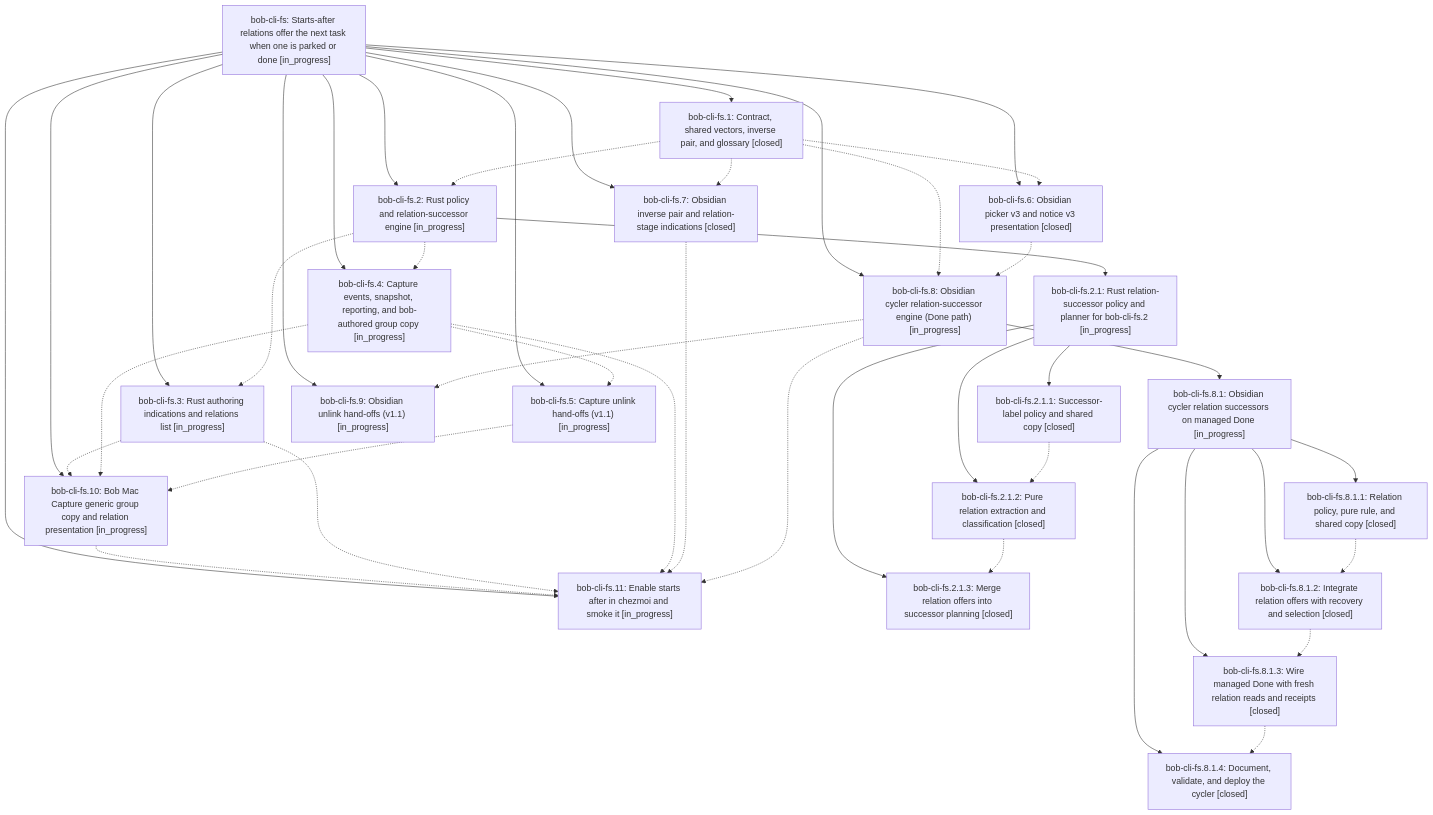
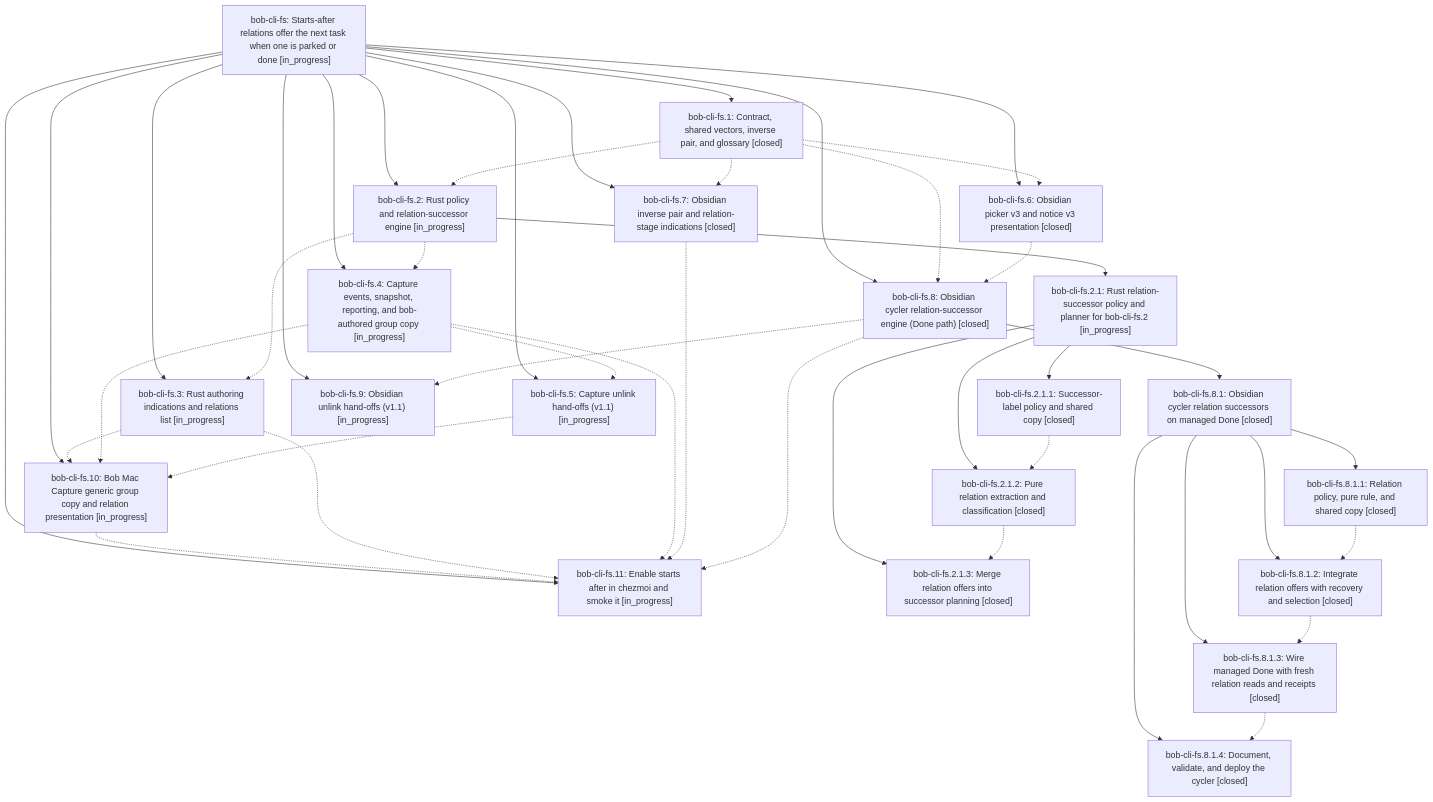
Before and after one commit to bobs-org/bob-cli--beads: the diagram in pages/bob-cli-fs/README.md, drawn with Mermaid. The commit also changed other lines of this file and 6 other files, not shown here.

First line of the commit message:
chore(beads): sync bead state and pages for bob-cli-fs

````diff
--- a/pages/bob-cli-fs/README.md
+++ b/pages/bob-cli-fs/README.md
@@ -48,66 +48,66 @@
 ```mermaid
 flowchart TD
     n0["bob-cli-fs: Starts-after relations offer the next task when one is parked or done [in_progress]"]
     n1["bob-cli-fs.1: Contract, shared vectors, inverse pair, and glossary [closed]"]
     n2["bob-cli-fs.10: Bob Mac Capture generic group copy and relation presentation [in_progress]"]
     n3["bob-cli-fs.11: Enable starts after in chezmoi and smoke it [in_progress]"]
     n4["bob-cli-fs.2: Rust policy and relation-successor engine [in_progress]"]
     n5["bob-cli-fs.2.1: Rust relation-successor policy and planner for bob-cli-fs.2 [in_progress]"]
     n6["bob-cli-fs.2.1.1: Successor-label policy and shared copy [closed]"]
     n7["bob-cli-fs.2.1.2: Pure relation extraction and classification [closed]"]
     n8["bob-cli-fs.2.1.3: Merge relation offers into successor planning [closed]"]
     n9["bob-cli-fs.3: Rust authoring indications and relations list [in_progress]"]
     n10["bob-cli-fs.4: Capture events, snapshot, reporting, and bob-authored group copy [in_progress]"]
     n11["bob-cli-fs.5: Capture unlink hand-offs (v1.1) [in_progress]"]
     n12["bob-cli-fs.6: Obsidian picker v3 and notice v3 presentation [closed]"]
     n13["bob-cli-fs.7: Obsidian inverse pair and relation-stage indications [closed]"]
-    n14["bob-cli-fs.8: Obsidian cycler relation-successor engine (Done path) [in_progress]"]
-    n15["bob-cli-fs.8.1: Obsidian cycler relation successors on managed Done [in_progress]"]
+    n14["bob-cli-fs.8: Obsidian cycler relation-successor engine (Done path) [closed]"]
+    n15["bob-cli-fs.8.1: Obsidian cycler relation successors on managed Done [closed]"]
     n16["bob-cli-fs.8.1.1: Relation policy, pure rule, and shared copy [closed]"]
     n17["bob-cli-fs.8.1.2: Integrate relation offers with recovery and selection [closed]"]
     n18["bob-cli-fs.8.1.3: Wire managed Done with fresh relation reads and receipts [closed]"]
     n19["bob-cli-fs.8.1.4: Document, validate, and deploy the cycler [closed]"]
     n20["bob-cli-fs.9: Obsidian unlink hand-offs (v1.1) [in_progress]"]
     n0 --> n1
     n0 --> n2
     n0 --> n3
     n0 --> n4
     n4 --> n5
     n5 --> n6
     n5 --> n7
     n5 --> n8
     n0 --> n9
     n0 --> n10
     n0 --> n11
     n0 --> n12
     n0 --> n13
     n0 --> n14
     n14 --> n15
     n15 --> n16
     n15 --> n17
     n15 --> n18
     n15 --> n19
     n0 --> n20
     n1 -.-> n4
     n1 -.-> n12
     n1 -.-> n13
     n1 -.-> n14
     n2 -.-> n3
     n4 -.-> n9
     n4 -.-> n10
     n6 -.-> n7
     n7 -.-> n8
     n9 -.-> n2
     n9 -.-> n3
     n10 -.-> n2
     n10 -.-> n3
     n10 -.-> n11
     n11 -.-> n2
     n12 -.-> n14
     n13 -.-> n3
     n14 -.-> n3
     n14 -.-> n20
     n16 -.-> n17
     n17 -.-> n18
     n18 -.-> n19
 ```
````
